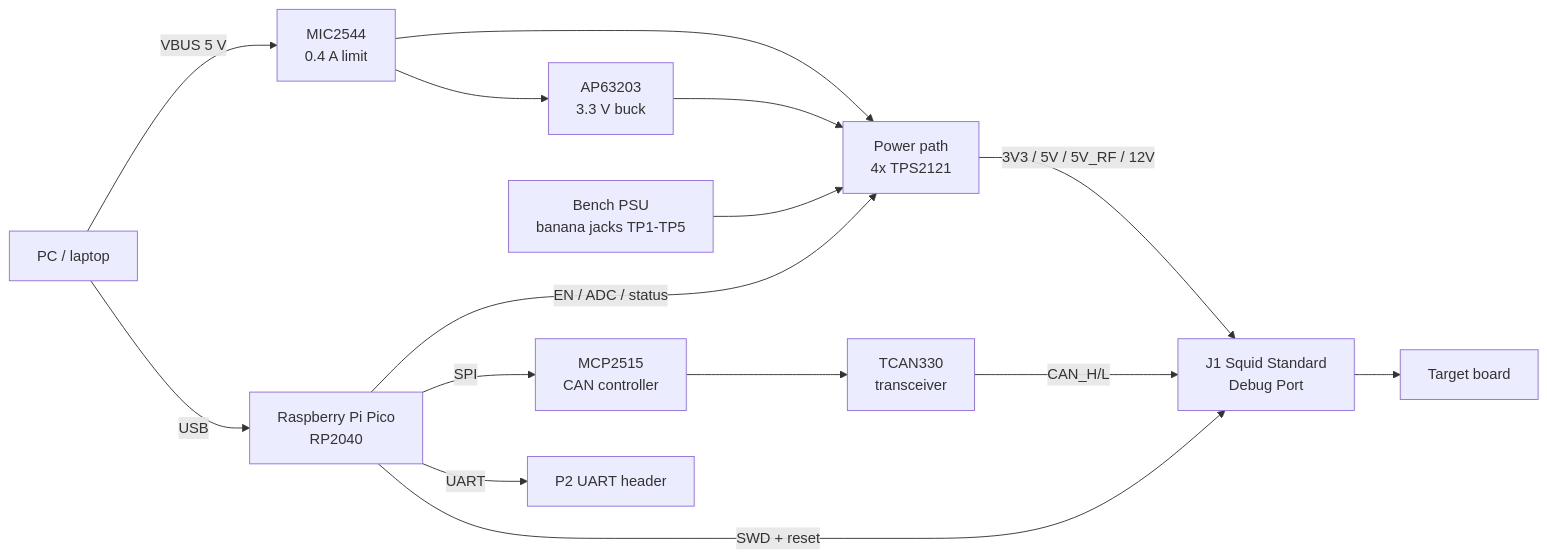
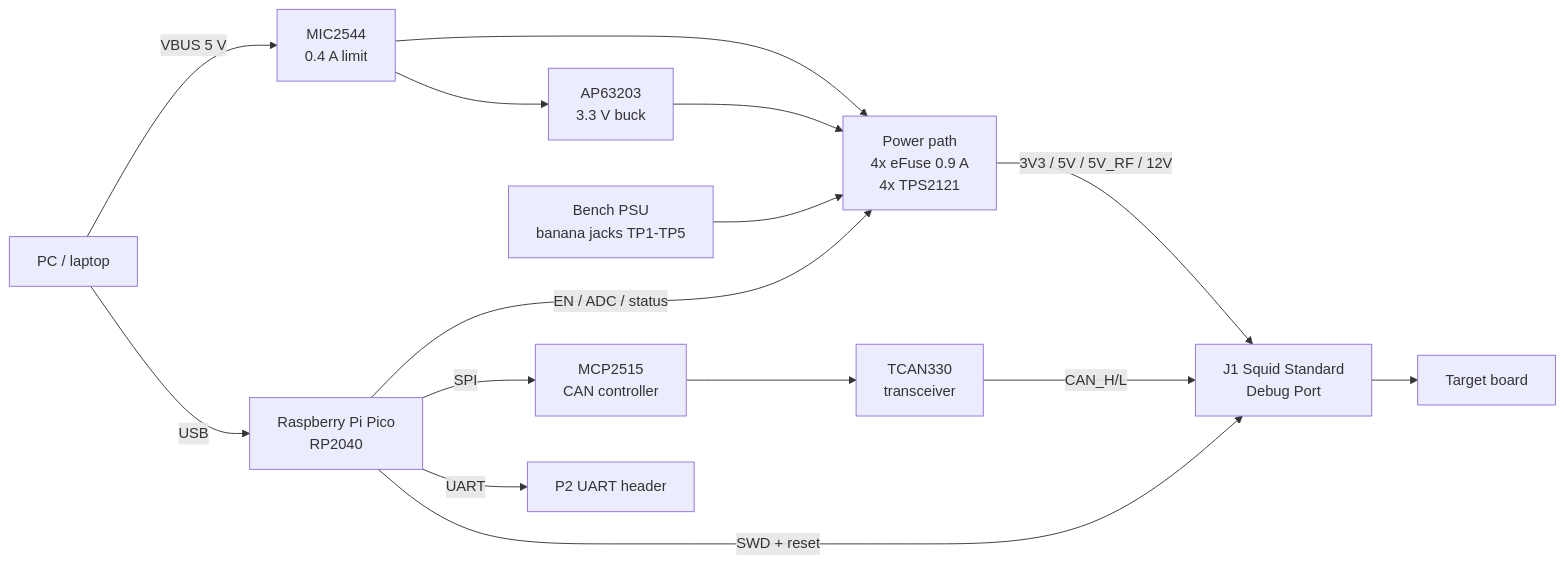
Before and after one commit to bjornhbengtsson/squid-debugger: the diagram in docs/01-overview.md, drawn with Mermaid. The commit also changed other lines of this file and 37 other files, not shown here.

````diff
--- a/docs/01-overview.md
+++ b/docs/01-overview.md
@@ -11,13 +15,13 @@
 ```mermaid
 flowchart LR
     PC[PC / laptop] -- USB --> PICO[Raspberry Pi Pico<br/>RP2040]
     PICO -- SWD + reset --> J1
     PICO -- UART --> P2[P2 UART header]
     PICO -- SPI --> MCP[MCP2515<br/>CAN controller] --> TCAN[TCAN330<br/>transceiver] -- CAN_H/L --> J1
     PSU[Bench PSU<br/>banana jacks TP1-TP5] --> PWR
     PC -- VBUS 5 V --> LIM[MIC2544<br/>0.4 A limit] --> BUCK[AP63203<br/>3.3 V buck] --> PWR
-    LIM --> PWR[Power path<br/>4x TPS2121]
+    LIM --> PWR[Power path<br/>4x eFuse 0.9 A<br/>4x TPS2121]
     PICO -- EN / ADC / status --> PWR
     PWR -- 3V3 / 5V / 5V_RF / 12V --> J1[J1 Squid Standard<br/>Debug Port]
     J1 --> TGT[Target board]
 ```
````
